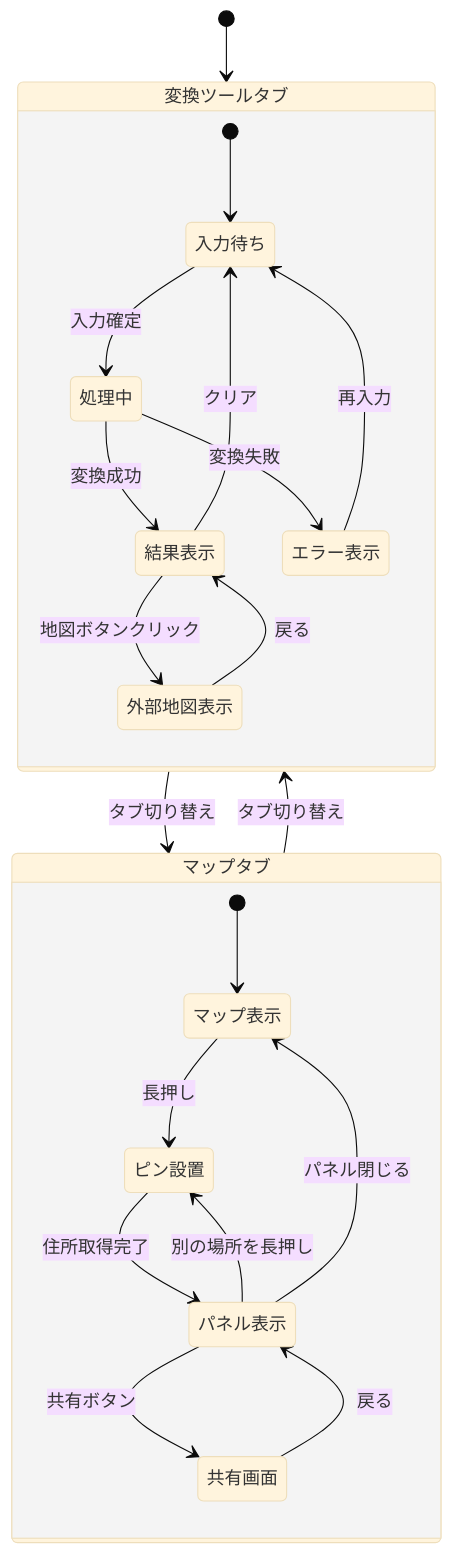
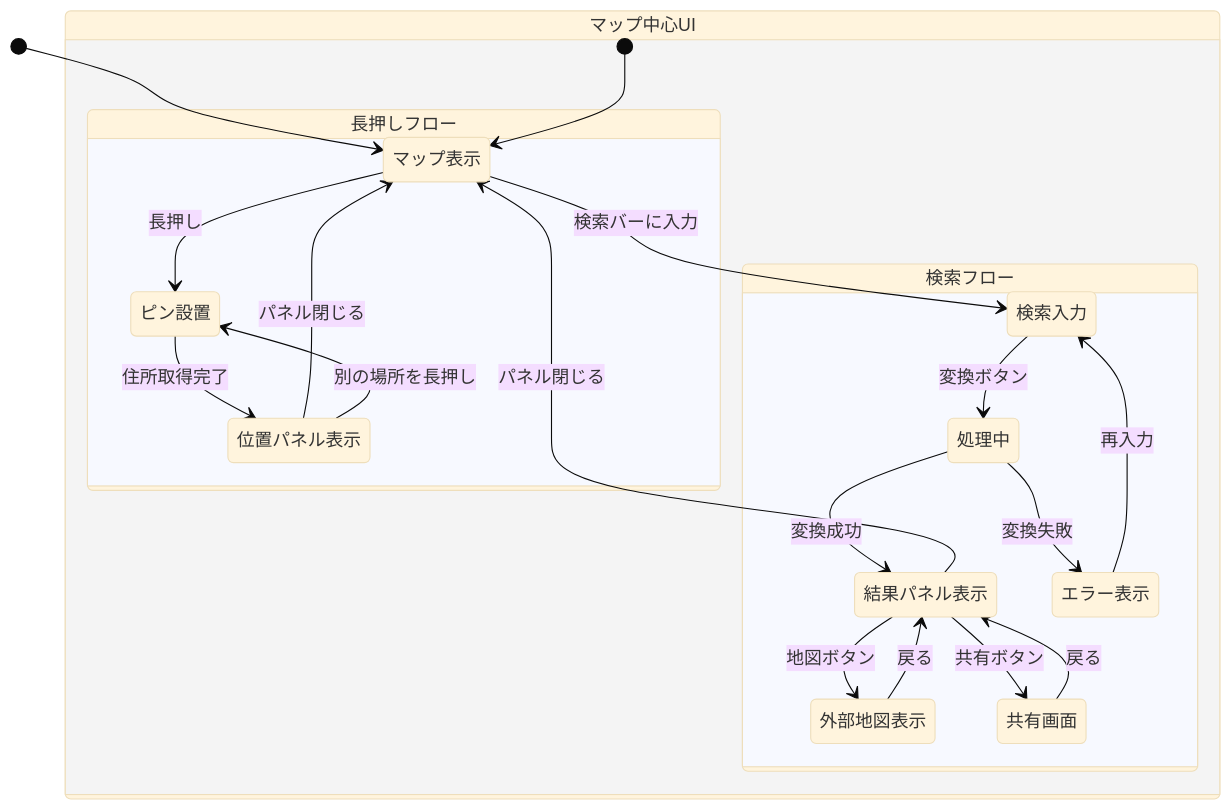
The eighth of 8 diagrams in docs/functional-design.md (oyaakihisa/ichi-link), drawn with Mermaid (base theme) before and after one commit. The commit also changed other lines of this file and 8 other files, not shown here.

````diff
--- a/docs/functional-design.md
+++ b/docs/functional-design.md
@@ -685,28 +726,28 @@
 ```mermaid
 stateDiagram-v2
-    [*] --> 変換ツールタブ
+    [*] --> マップ表示
 
-    state 変換ツールタブ {
-        [*] --> 入力待ち
-        入力待ち --> 処理中: 入力確定
-        処理中 --> 結果表示: 変換成功
-        処理中 --> エラー表示: 変換失敗
-        結果表示 --> 入力待ち: クリア
-        結果表示 --> 外部地図表示: 地図ボタンクリック
-        外部地図表示 --> 結果表示: 戻る
-        エラー表示 --> 入力待ち: 再入力
+    state マップ中心UI {
+        [*] --> マップ表示
+
+        state 検索フロー {
+            マップ表示 --> 検索入力: 検索バーに入力
+            検索入力 --> 処理中: 変換ボタン
+            処理中 --> 結果パネル表示: 変換成功
+            処理中 --> エラー表示: 変換失敗
+            結果パネル表示 --> マップ表示: パネル閉じる
+            結果パネル表示 --> 外部地図表示: 地図ボタン
+            外部地図表示 --> 結果パネル表示: 戻る
+            結果パネル表示 --> 共有画面: 共有ボタン
+            共有画面 --> 結果パネル表示: 戻る
+            エラー表示 --> 検索入力: 再入力
+        }
+
+        state 長押しフロー {
+            マップ表示 --> ピン設置: 長押し
+            ピン設置 --> 位置パネル表示: 住所取得完了
+            位置パネル表示 --> マップ表示: パネル閉じる
+            位置パネル表示 --> ピン設置: 別の場所を長押し
+        }
     }
-
-    state マップタブ {
-        [*] --> マップ表示
-        マップ表示 --> ピン設置: 長押し
-        ピン設置 --> パネル表示: 住所取得完了
-        パネル表示 --> マップ表示: パネル閉じる
-        パネル表示 --> 共有画面: 共有ボタン
-        共有画面 --> パネル表示: 戻る
-        パネル表示 --> ピン設置: 別の場所を長押し
-    }
-
-    変換ツールタブ --> マップタブ: タブ切り替え
-    マップタブ --> 変換ツールタブ: タブ切り替え
 ```
````
